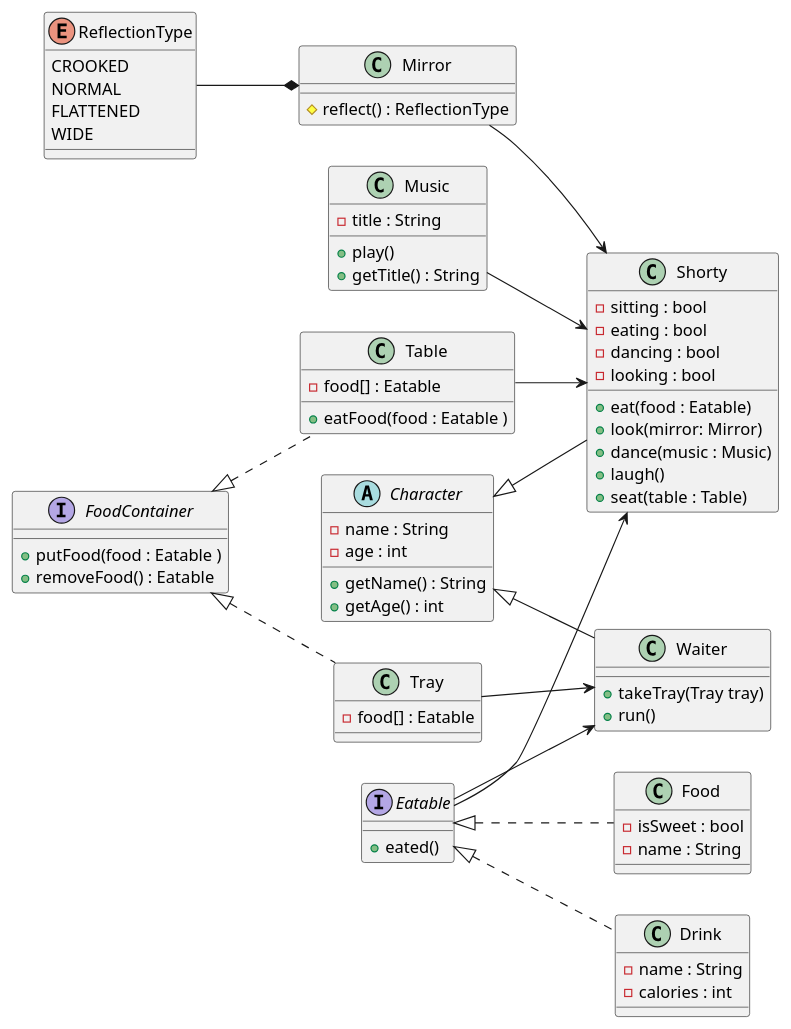
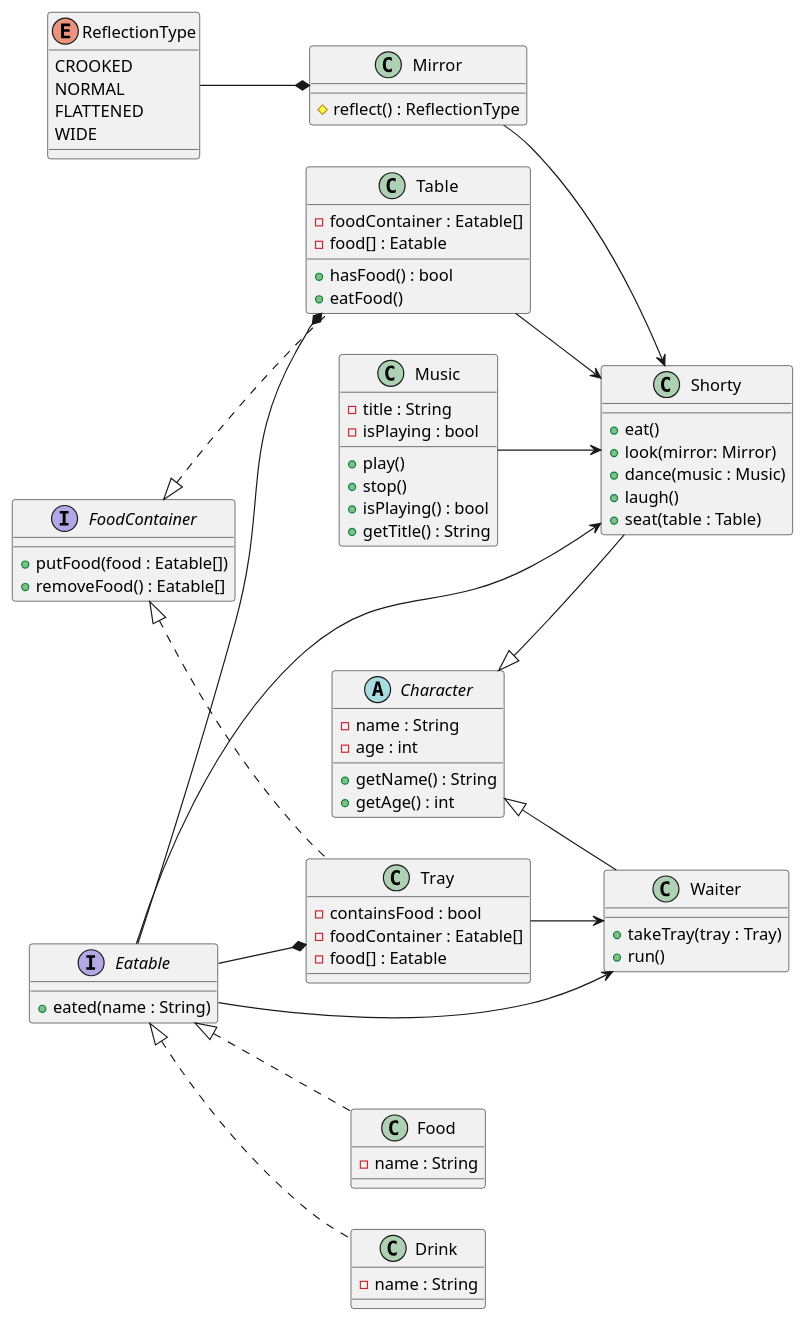
Before and after one commit to lolkek22854/lab2: the diagram in doc/struct.puml, drawn with PlantUML. The commit also changed 2 other files, not shown here.

Commit message:
uml update

```diff
--- a/doc/struct.puml
+++ b/doc/struct.puml
@@ -1,76 +1,79 @@
 @startuml
 'https://plantuml.com/sequence-diagram
 
 left to right direction
 
 'package utils {
     interface FoodContainer{
-        + putFood(food : Eatable )
-        + removeFood() : Eatable
+        + putFood(food : Eatable[])
+        + removeFood() : Eatable[]
     }
     abstract class Character {
         - name : String
         - age : int
         + getName() : String
         + getAge() : int
     }
     interface Eatable{
-        + eated()
+        + eated(name : String)
     }
     enum ReflectionType{
         CROOKED
         NORMAL
         FLATTENED
         WIDE
     }
 '}
 
 'package core{
     class Table implements FoodContainer{
+        - foodContainer : Eatable[]
         - food[] : Eatable
-        + eatFood(food : Eatable )
+        + hasFood() : bool
+        + eatFood()
     }
     class Tray implements FoodContainer{
+        - containsFood : bool
+        - foodContainer : Eatable[]
         - food[] : Eatable
     }
     class Music {
      - title : String
+     - isPlaying : bool
      + play()
+     + stop()
+     + isPlaying() : bool
      + getTitle() : String
     }
     class Food implements Eatable{
-        - isSweet : bool
         - name : String
     }
     class Drink implements Eatable {
         - name : String
-        - calories : int
     }
     class Mirror{
     # reflect() : ReflectionType
     }
     class Shorty extends Character{
-            - sitting : bool
-            - eating : bool
-            - dancing : bool
-            - looking : bool
-            + eat(food : Eatable)
+            + eat()
             + look(mirror: Mirror)
             + dance(music : Music)
             + laugh()
             + seat(table : Table)
         }
     class Waiter extends Character{
-        + takeTray(Tray tray)
+        + takeTray(tray : Tray)
         + run()
     }
     ReflectionType --* Mirror
     Music --> Shorty
     Eatable --> Waiter
     Eatable --> Shorty
+    Eatable --* Tray
+    Eatable --* Table
     Mirror --> Shorty
     Table --> Shorty
     Tray --> Waiter
 
 '}
 @enduml
```
